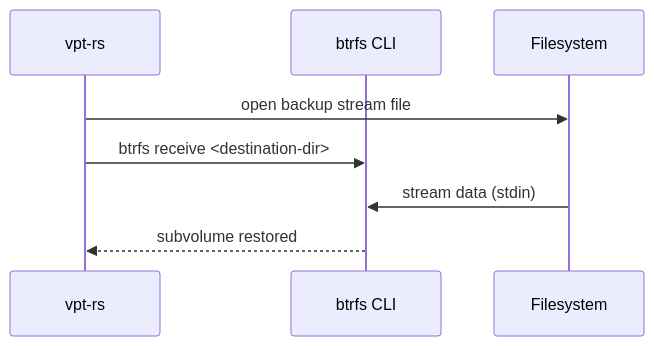
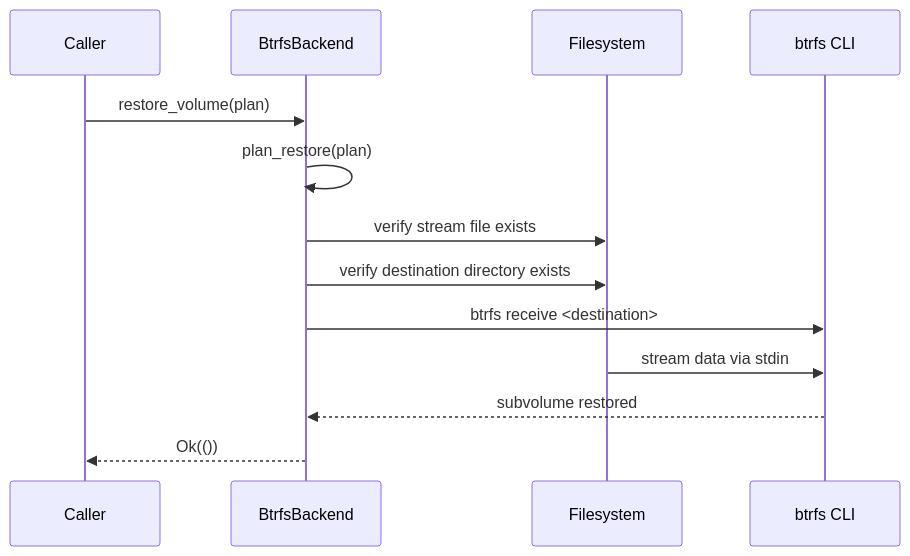
The fourth of 5 diagrams in wiki/docs/providers/btrfs.md (XUranus/vpt-rs), drawn with Mermaid before and after one commit. The commit also changed other lines of this file and 52 other files, not shown here.

First line of the commit message:
Enhance wiki: mermaid rendering, detailed content, i18n (zh-Hans)

````diff
--- a/wiki/docs/providers/btrfs.md
+++ b/wiki/docs/providers/btrfs.md
@@ -141,11 +467,16 @@
 ```mermaid
 sequenceDiagram
-    participant App as vpt-rs
-    participant Btrfs as btrfs CLI
+    participant Caller
+    participant Backend as BtrfsBackend
     participant FS as Filesystem
+    participant CLI as btrfs CLI
 
-    App->>FS: open backup stream file
-    App->>Btrfs: btrfs receive <destination-dir>
-    FS->>Btrfs: stream data (stdin)
-    Btrfs-->>App: subvolume restored
+    Caller->>Backend: restore_volume(plan)
+    Backend->>Backend: plan_restore(plan)
+    Backend->>FS: verify stream file exists
+    Backend->>FS: verify destination directory exists
+    Backend->>CLI: btrfs receive <destination>
+    FS->>CLI: stream data via stdin
+    CLI-->>Backend: subvolume restored
+    Backend-->>Caller: Ok(())
 ```
````
